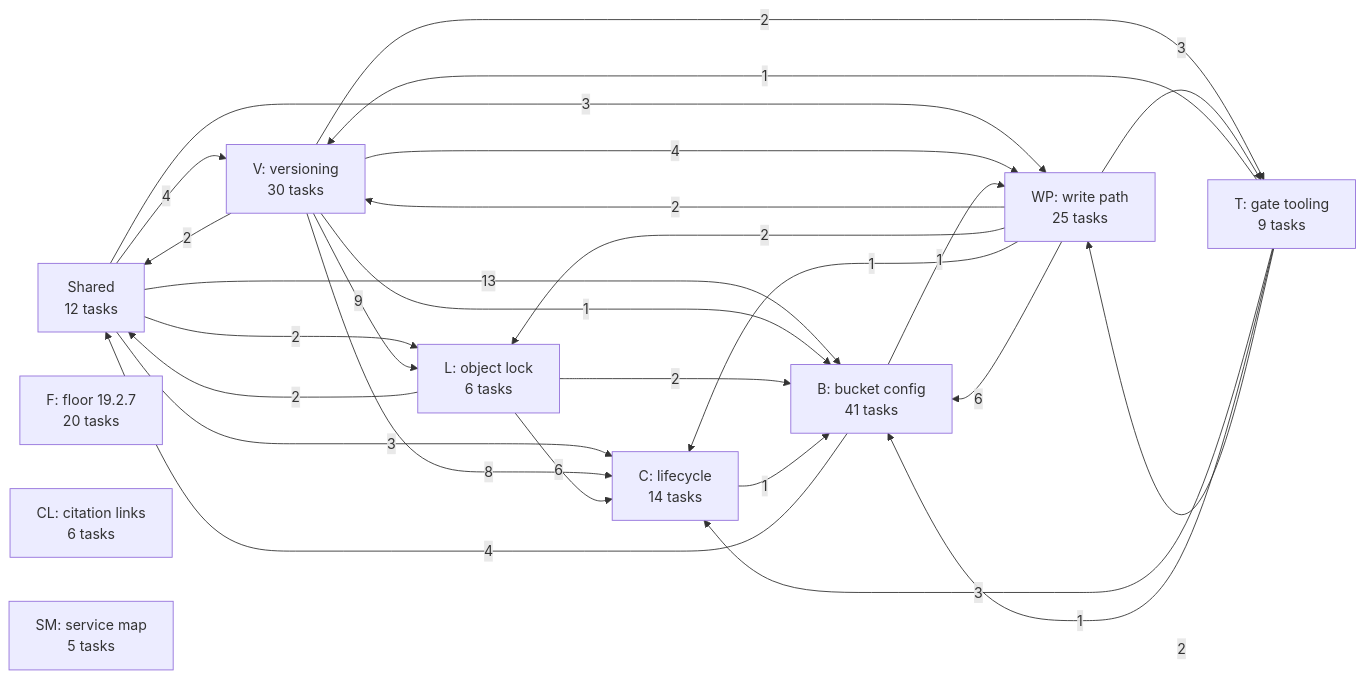
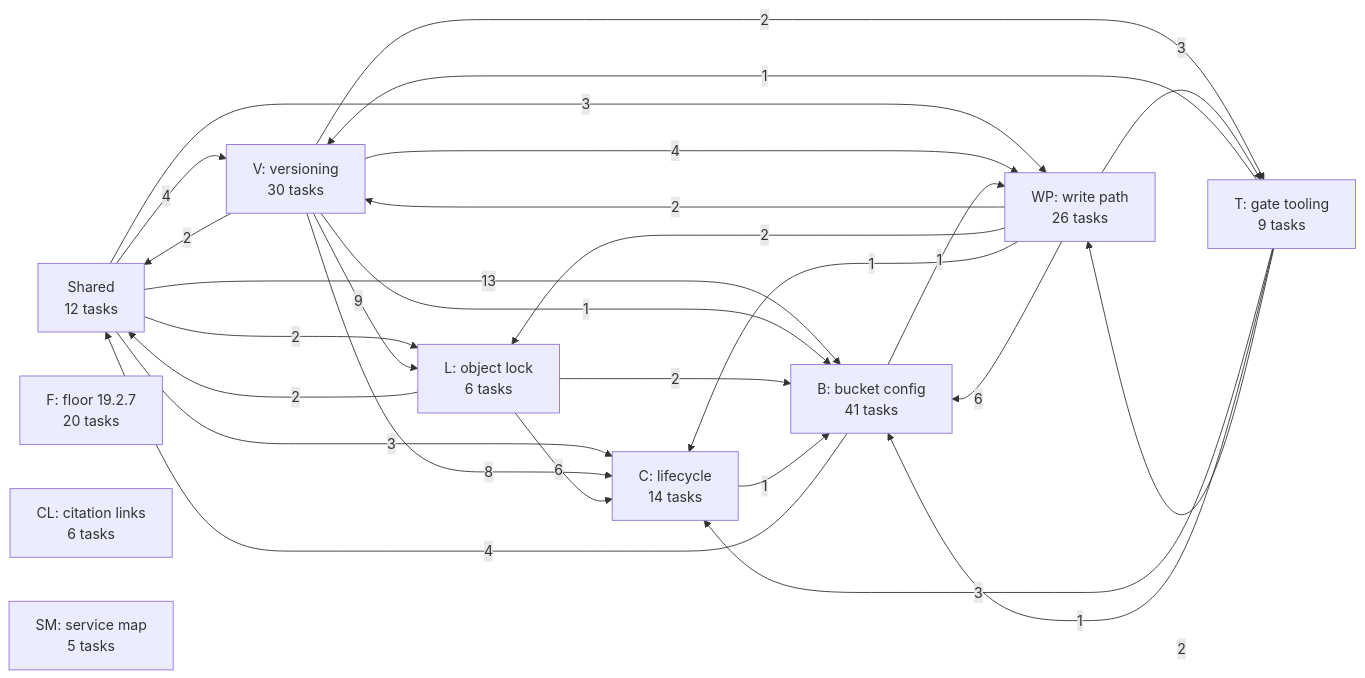
Before and after one commit to jhoblitt/rgw-go: the first of 11 diagrams in docs/superpowers/plans/2026-10-13-phase-2/dependencies.md, drawn with Mermaid. The commit also changed other lines of this file and 2 other files, not shown here.

````diff
--- a/docs/superpowers/plans/2026-10-13-phase-2/dependencies.md
+++ b/docs/superpowers/plans/2026-10-13-phase-2/dependencies.md
@@ -13,39 +13,39 @@
 ```mermaid
 flowchart LR
   u_S["Shared<br/>12 tasks"]
   u_F["F: floor 19.2.7<br/>20 tasks"]
   u_V["V: versioning<br/>30 tasks"]
   u_L["L: object lock<br/>6 tasks"]
   u_C["C: lifecycle<br/>14 tasks"]
   u_B["B: bucket config<br/>41 tasks"]
-  u_WP["WP: write path<br/>25 tasks"]
+  u_WP["WP: write path<br/>26 tasks"]
   u_T["T: gate tooling<br/>9 tasks"]
   u_CL["CL: citation links<br/>6 tasks"]
   u_SM["SM: service map<br/>5 tasks"]
   u_S -->|4| u_V
   u_S -->|2| u_L
   u_S -->|3| u_C
   u_S -->|13| u_B
   u_S -->|3| u_WP
   u_V -->|2| u_S
   u_V -->|9| u_L
   u_V -->|8| u_C
   u_V -->|1| u_B
   u_V -->|4| u_WP
   u_V -->|2| u_T
   u_L -->|6| u_C
   u_L -->|2| u_B
   u_L -->|2| u_S
   u_C -->|1| u_B
   u_B -->|4| u_S
   u_B -->|1| u_WP
   u_WP -->|2| u_V
   u_WP -->|2| u_L
   u_WP -->|1| u_C
   u_WP -->|6| u_B
   u_WP -->|3| u_T
   u_T -->|1| u_V
   u_T -->|3| u_C
   u_T -->|1| u_B
   u_T -->|2| u_WP
 ```
````
